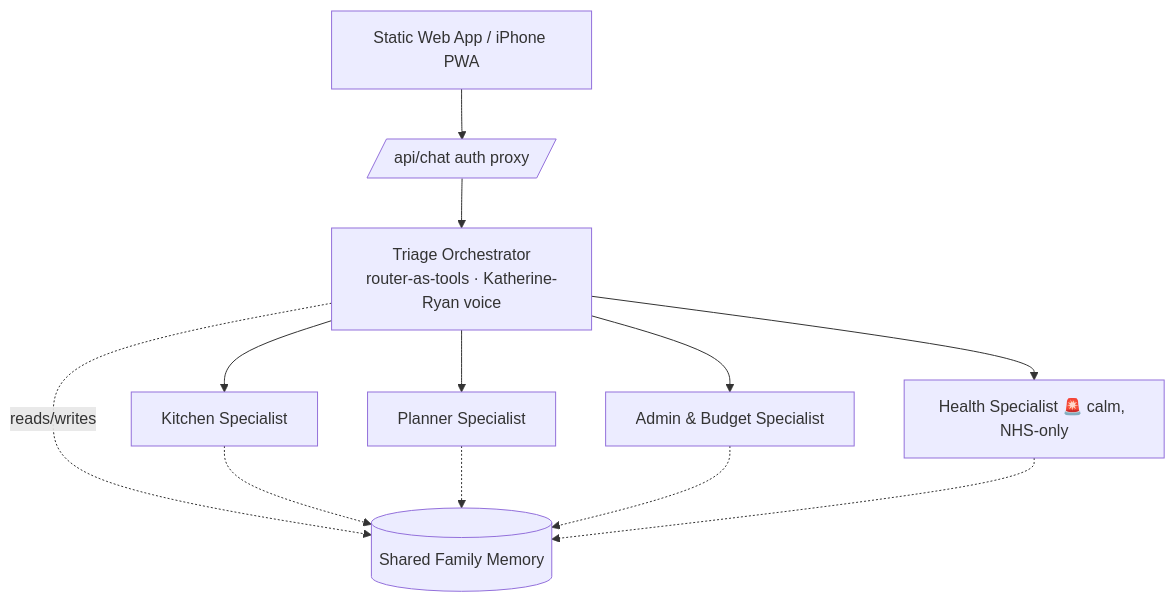
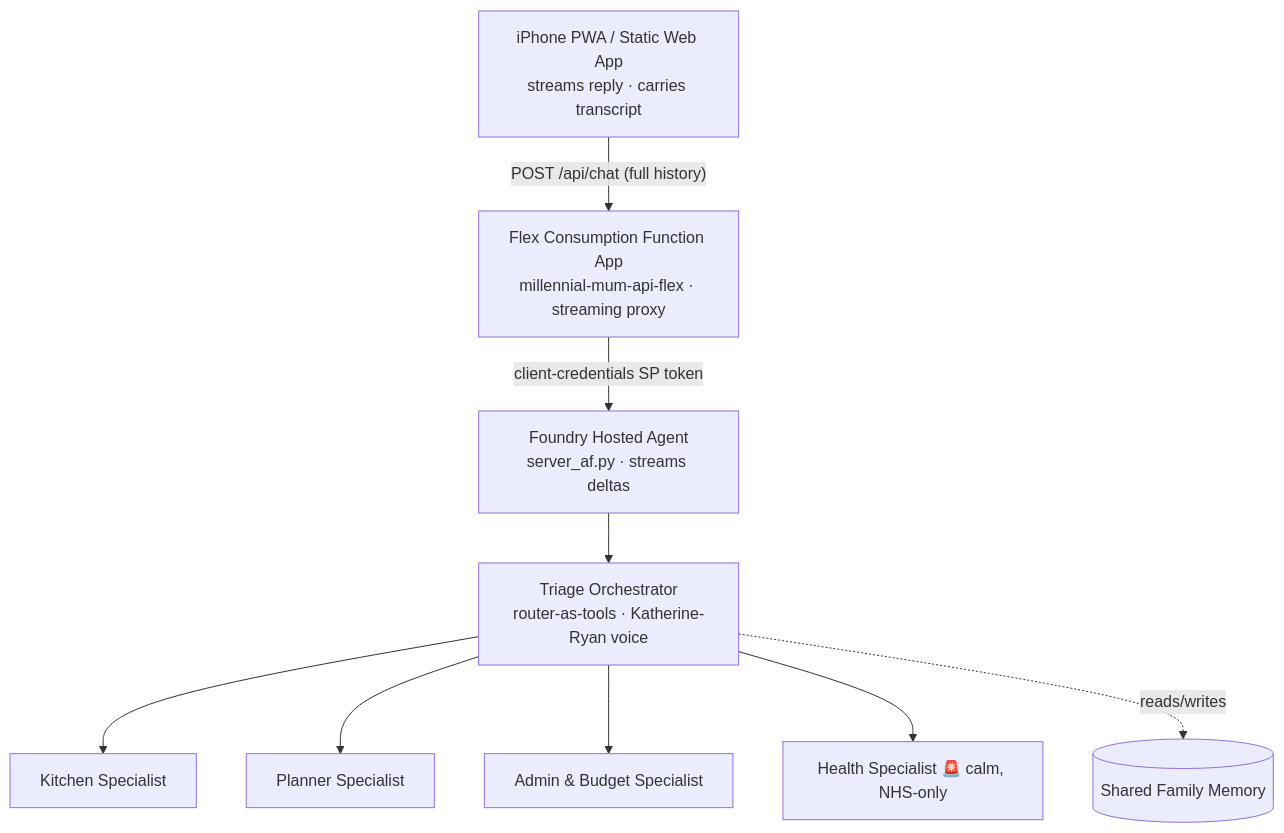
One commit to amynic/millennial-mum changed the diagram in README.md. Above: the diagram before and after it, drawn with Mermaid. The commit also changed other lines of this file and 1 other file, not shown here.

First line of the commit message:
Rewrite README for V2 (decomposed + hosted + streaming); note legacy proxy deleted

````diff
--- a/README.md
+++ b/README.md
@@ -163,14 +27,11 @@
 ```mermaid
 graph TD
-    UI[Static Web App / iPhone PWA] --> API[/api/chat auth proxy/]
-    API --> ORCH[Triage Orchestrator<br/>router-as-tools · Katherine-Ryan voice]
+    UI[iPhone PWA / Static Web App<br/>streams reply · carries transcript] -->|"POST /api/chat (full history)"| API[Flex Consumption Function App<br/>millennial-mum-api-flex · streaming proxy]
+    API -->|client-credentials SP token| AG[Foundry Hosted Agent<br/>server_af.py · streams deltas]
+    AG --> ORCH[Triage Orchestrator<br/>router-as-tools · Katherine-Ryan voice]
     ORCH --> K[Kitchen Specialist]
     ORCH --> P[Planner Specialist]
     ORCH --> A[Admin & Budget Specialist]
     ORCH --> H[Health Specialist 🚨 calm, NHS-only]
     ORCH -.reads/writes.-> MEM[(Shared Family Memory)]
-    K -.-> MEM
-    P -.-> MEM
-    A -.-> MEM
-    H -.-> MEM
 ```
````
